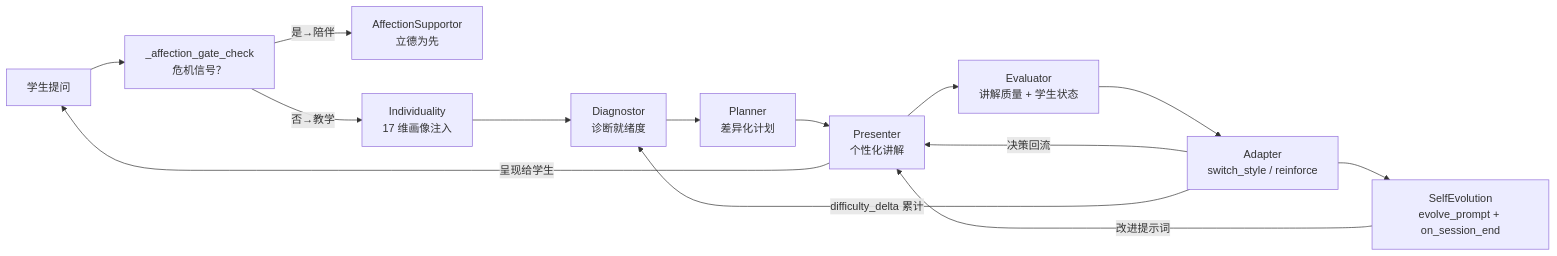
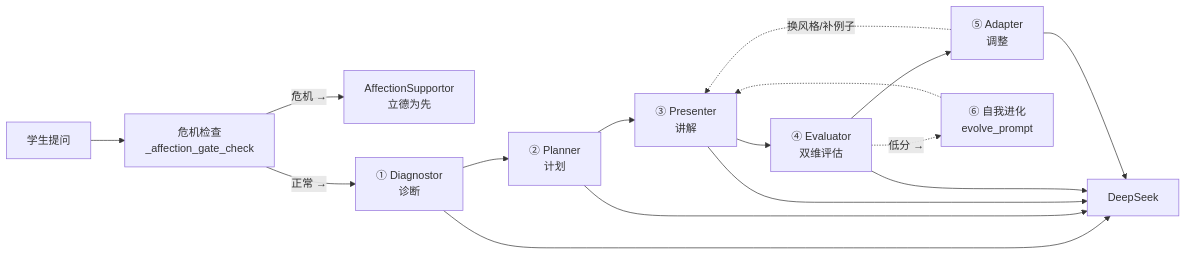
One commit to Golden2002/PAEG changed the second of 6 diagrams in ARCHITECTURE_LINKS.md. Above: the diagram before and after it, drawn with Mermaid. The commit also changed other lines of this file, not shown here.

Commit message:
v0.24 文档优化：链路图分层展开（L0总览+L1细图，23张图全部≤15节点）

````diff
--- a/ARCHITECTURE_LINKS.md
+++ b/ARCHITECTURE_LINKS.md
@@ -102,16 +43,14 @@
 ```mermaid
 flowchart LR
-    S["学生提问"] --> G["_affection_gate_check<br/>危机信号？"]
-    G -->|"是→陪伴"| AFF["AffectionSupportor<br/>立德为先"]
-    G -->|"否→教学"| I["Individuality<br/>17 维画像注入"]
-    I --> D["Diagnostor<br/>诊断就绪度"]
-    D --> P["Planner<br/>差异化计划"]
-    P --> PR["Presenter<br/>个性化讲解"]
-    PR --> E["Evaluator<br/>讲解质量 + 学生状态"]
-    E --> A["Adapter<br/>switch_style / reinforce"]
-    A -->|"决策回流"| PR
-    A -->|"difficulty_delta 累计"| D
-    PR -->|"呈现给学生"| S
-    A --> EVA2["SelfEvolution<br/>evolve_prompt + on_session_end"]
-    EVA2 -->|"改进提示词"| PR
+    Q["学生提问"] --> G["危机检查<br/>_affection_gate_check"]
+    G -->|"危机 →"| AFF["AffectionSupportor<br/>立德为先"]
+    G -->|"正常 →"| DIA["① Diagnostor<br/>诊断"]
+    DIA --> PLA["② Planner<br/>计划"]
+    PLA --> PRE["③ Presenter<br/>讲解"]
+    PRE --> EVA["④ Evaluator<br/>双维评估"]
+    EVA --> ADA["⑤ Adapter<br/>调整"]
+    ADA -.->|"换风格/补例子"| PRE
+    DIA & PLA & PRE & EVA & ADA --> LLM["DeepSeek"]
+    EVA -.->|"低分 →"| SELF["⑥ 自我进化<br/>evolve_prompt"]
+    SELF -.-> PRE
 ```
````
